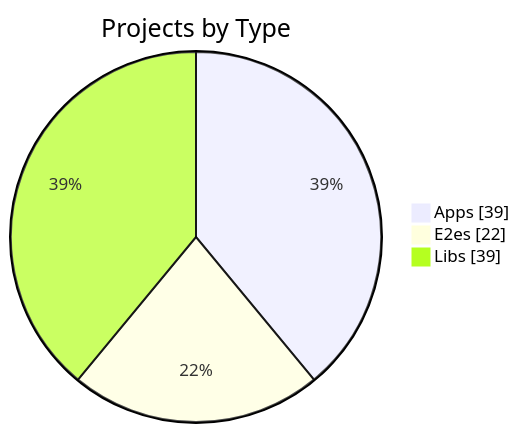
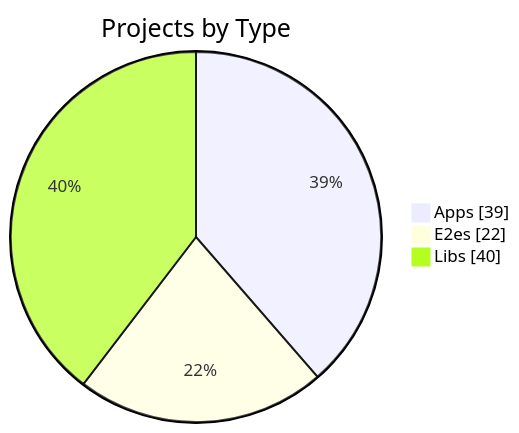
The first of 3 diagrams in apps/kbve/astro-kbve/src/content/docs/dashboard/graph.mdx (KBVE/kbve), drawn with Mermaid before and after one commit. The commit also changed other lines of this file and 8 other files, not shown here.

````diff
--- a/apps/kbve/astro-kbve/src/content/docs/dashboard/graph.mdx
+++ b/apps/kbve/astro-kbve/src/content/docs/dashboard/graph.mdx
@@ -56,7 +56,7 @@
 ```mermaid
 pie showData
     title Projects by Type
     "Apps" : 39
     "E2es" : 22
-    "Libs" : 39
+    "Libs" : 40
 ```
````
